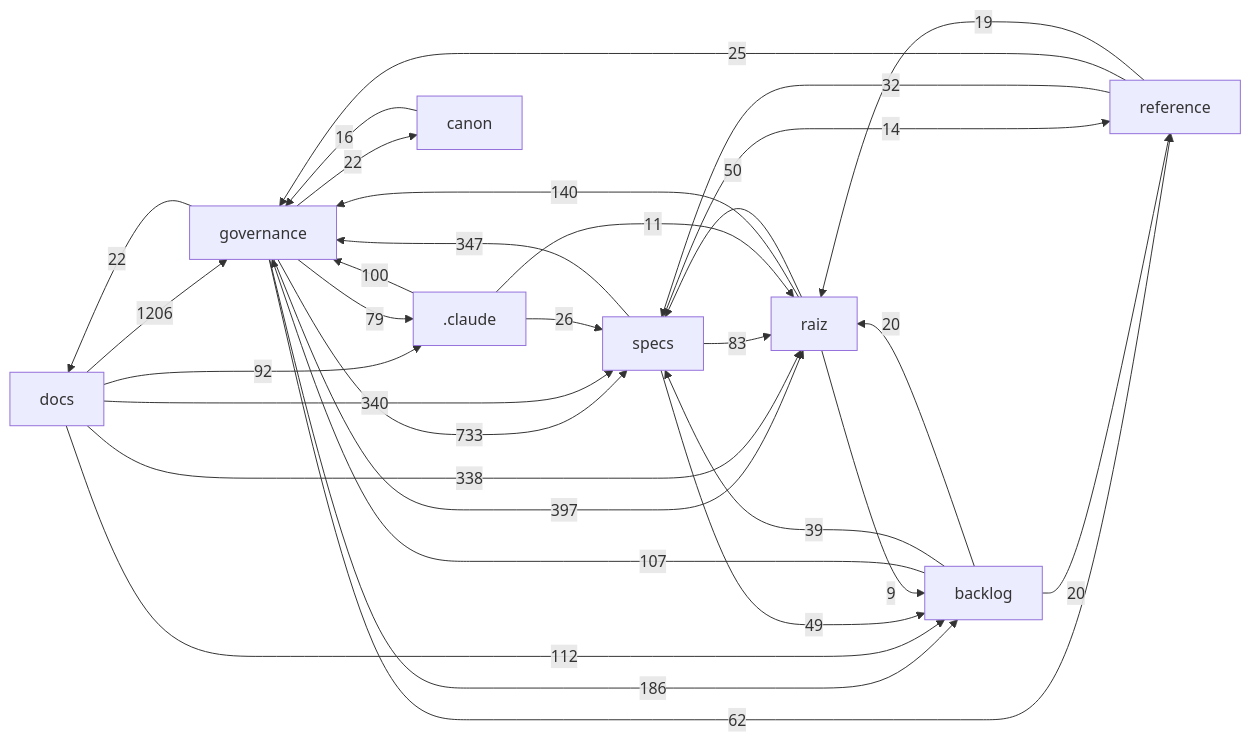
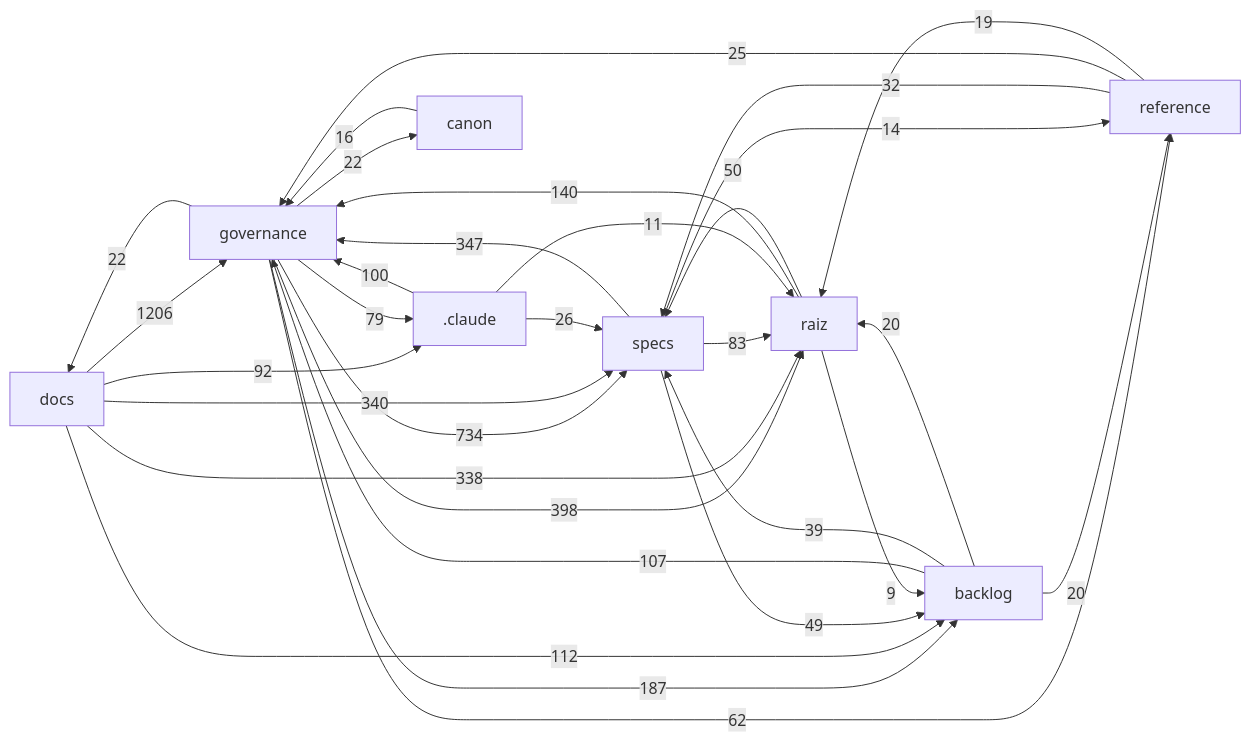
Before and after one commit to Andraus35/Sistema-Operacional-de-Trading--SOT: the diagram in docs/mapa/MAPA-PROJETO.md, drawn with Mermaid. The commit also changed other lines of this file and 2 other files, not shown here.

````diff
--- a/docs/mapa/MAPA-PROJETO.md
+++ b/docs/mapa/MAPA-PROJETO.md
@@ -29,33 +29,33 @@
 ```mermaid
 flowchart LR
   docs["docs"] -->|1206| governance["governance"]
-  governance["governance"] -->|733| specs["specs"]
-  governance["governance"] -->|397| raiz["raiz"]
+  governance["governance"] -->|734| specs["specs"]
+  governance["governance"] -->|398| raiz["raiz"]
   specs["specs"] -->|347| governance["governance"]
   docs["docs"] -->|340| specs["specs"]
   docs["docs"] -->|338| raiz["raiz"]
-  governance["governance"] -->|186| backlog["backlog"]
+  governance["governance"] -->|187| backlog["backlog"]
   raiz["raiz"] -->|140| governance["governance"]
   docs["docs"] -->|112| backlog["backlog"]
   backlog["backlog"] -->|107| governance["governance"]
   _claude[".claude"] -->|100| governance["governance"]
   docs["docs"] -->|92| _claude[".claude"]
   specs["specs"] -->|83| raiz["raiz"]
   governance["governance"] -->|79| _claude[".claude"]
   governance["governance"] -->|62| reference["reference"]
   raiz["raiz"] -->|50| specs["specs"]
   specs["specs"] -->|49| backlog["backlog"]
   backlog["backlog"] -->|39| specs["specs"]
   reference["reference"] -->|32| specs["specs"]
   _claude[".claude"] -->|26| specs["specs"]
   reference["reference"] -->|25| governance["governance"]
   governance["governance"] -->|22| docs["docs"]
   governance["governance"] -->|22| canon["canon"]
   backlog["backlog"] -->|20| raiz["raiz"]
   backlog["backlog"] -->|20| reference["reference"]
   reference["reference"] -->|19| raiz["raiz"]
   canon["canon"] -->|16| governance["governance"]
   specs["specs"] -->|14| reference["reference"]
   _claude[".claude"] -->|11| raiz["raiz"]
   raiz["raiz"] -->|9| backlog["backlog"]
 ```
````
